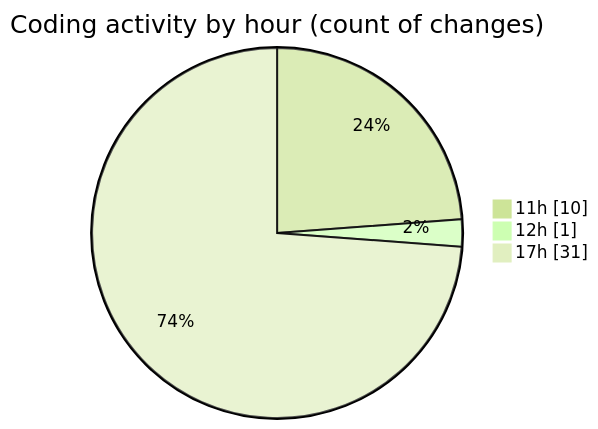
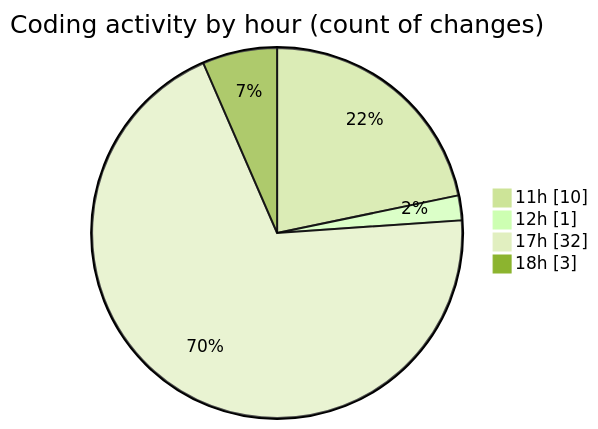
One commit to nxtqubesakshisongat/code-tracking changed the second of 2 diagrams in 2025-06-19/nxtqube_webapp/README.md. Above: the diagram before and after it, drawn with Mermaid (forest theme). The commit also changed other lines of this file and 1 other file, not shown here.

````diff
--- a/2025-06-19/nxtqube_webapp/README.md
+++ b/2025-06-19/nxtqube_webapp/README.md
@@ -34,7 +35,8 @@
 ```mermaid
 pie showData
 title Coding activity by hour (count of changes)
 "11h" : 10
 "12h" : 1
-"17h" : 31
+"17h" : 32
+"18h" : 3
 ```
````
